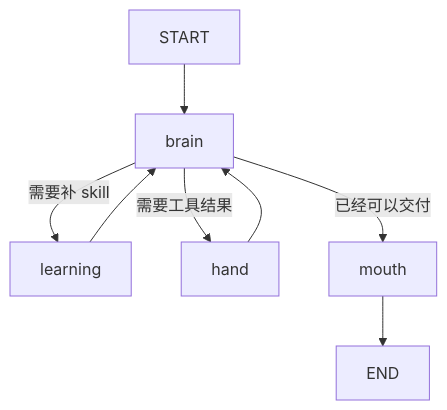
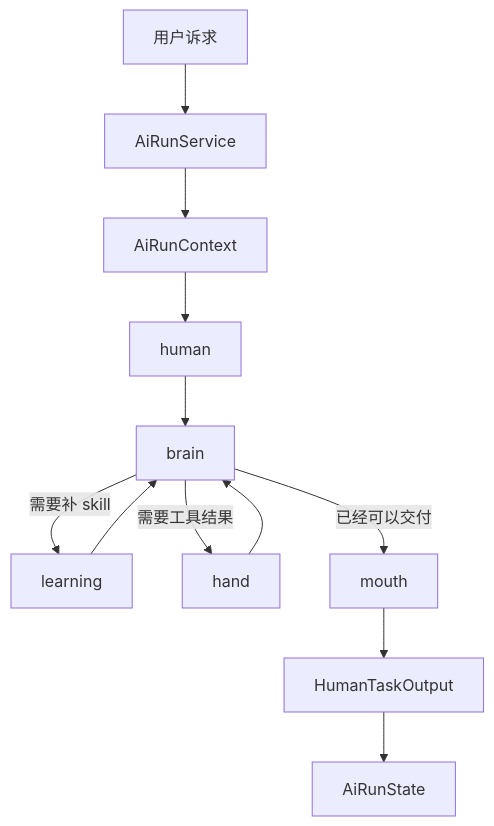
The diagram in doc/ai-design/architecture.md (Yoan98/Ncurator), drawn with Mermaid before and after one commit. The commit also changed other lines of this file and 61 other files, not shown here.

````diff
--- a/doc/ai-design/architecture.md
+++ b/doc/ai-design/architecture.md
@@ -47,10 +7,14 @@
 ```mermaid
 flowchart TD
-    A["START"] --> B["brain"]
-    B -->|需要补 skill| C["learning"]
-    B -->|需要工具结果| D["hand"]
-    B -->|已经可以交付| E["mouth"]
-    C --> B
-    D --> B
-    E --> F["END"]
+    A["用户诉求"] --> B["AiRunService"]
+    B --> C["AiRunContext"]
+    C --> D["human"]
+    D --> E["brain"]
+    E -->|需要补 skill| F["learning"]
+    E -->|需要工具结果| G["hand"]
+    E -->|已经可以交付| H["mouth"]
+    F --> E
+    G --> E
+    H --> I["HumanTaskOutput"]
+    I --> J["AiRunState"]
 ```
````
